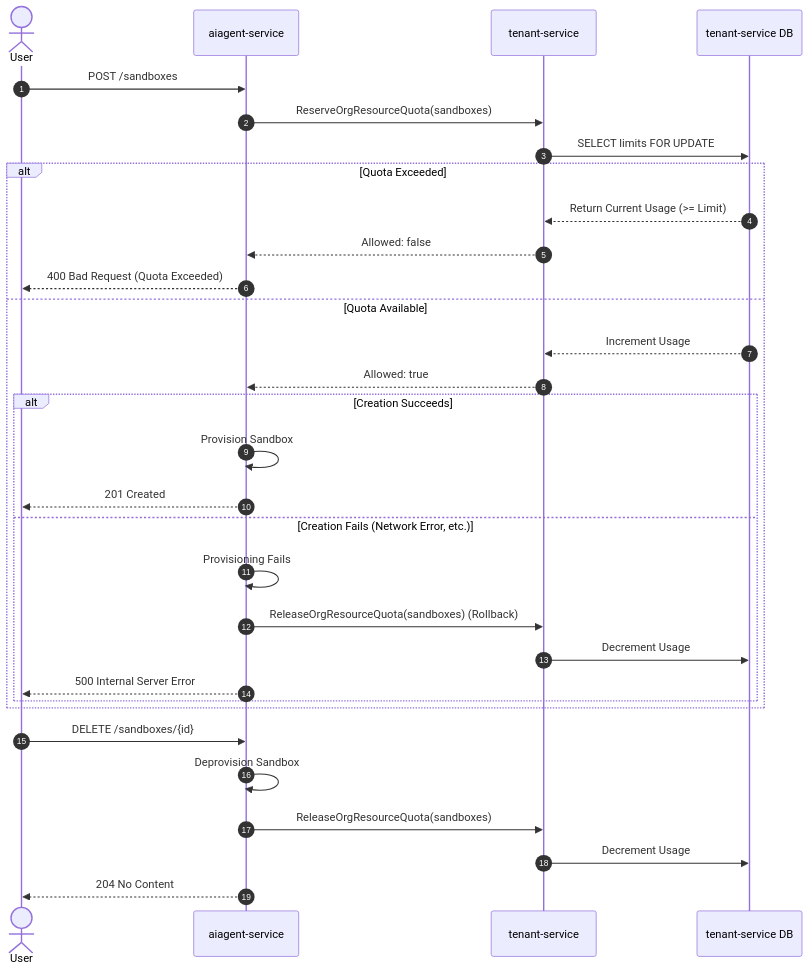
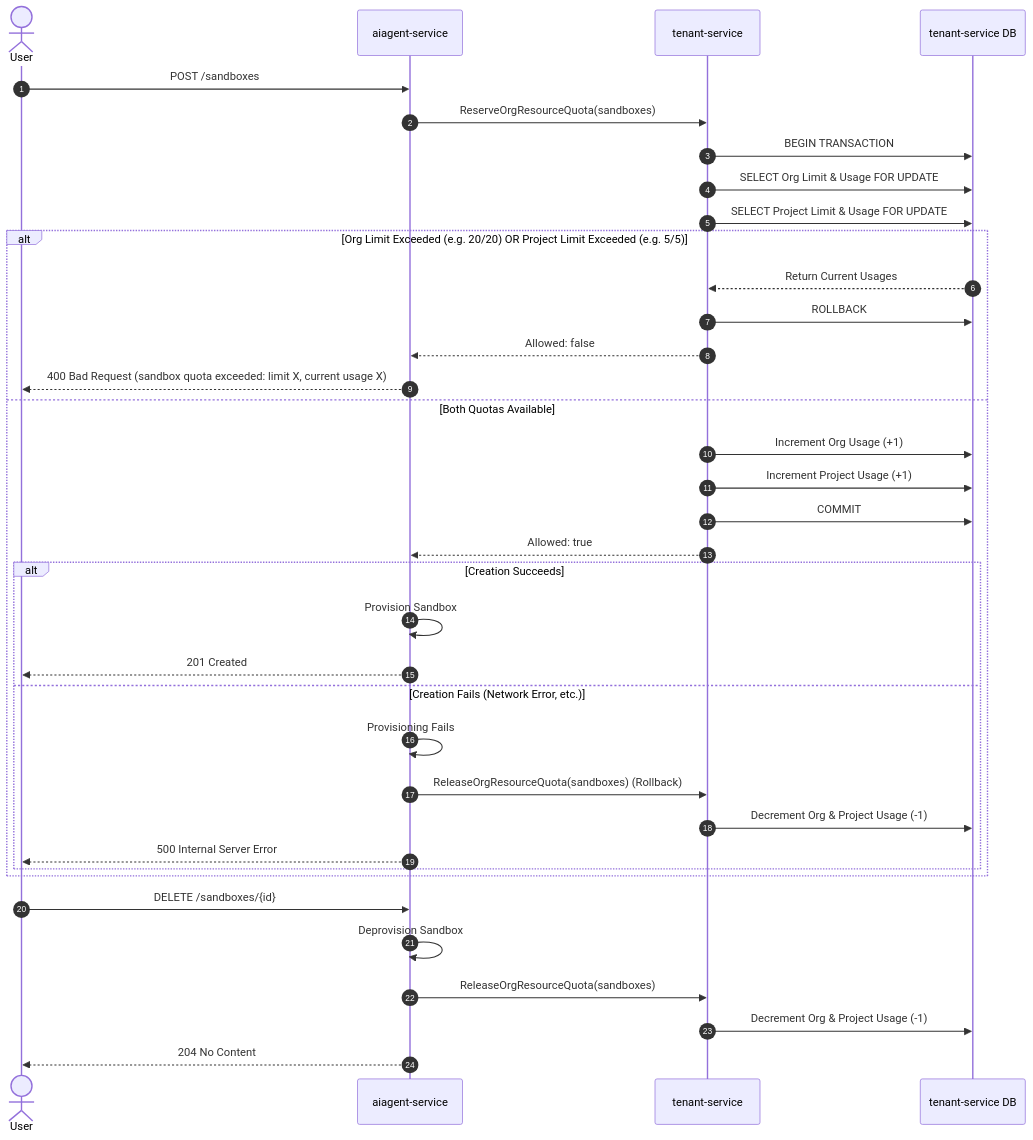
One commit to chandini1727/PowerGuard changed the diagram in README.md. Above: the diagram before and after it, drawn with Mermaid.

````diff
--- a/README.md
+++ b/README.md
@@ -50,39 +50,46 @@
 ```mermaid
 sequenceDiagram
     autonumber
     actor User
     participant AI as aiagent-service
     participant TS as tenant-service
     participant DB as tenant-service DB
 
     %% Create Sandbox Flow
     User->>AI: POST /sandboxes
     AI->>TS: ReserveOrgResourceQuota(sandboxes)
-    TS->>DB: SELECT limits FOR UPDATE
     
-    alt Quota Exceeded
-        DB-->>TS: Return Current Usage (>= Limit)
+    %% Quota Engine Checking Both Limits
+    TS->>DB: BEGIN TRANSACTION
+    TS->>DB: SELECT Org Limit & Usage FOR UPDATE
+    TS->>DB: SELECT Project Limit & Usage FOR UPDATE
+    
+    alt Org Limit Exceeded (e.g. 20/20) OR Project Limit Exceeded (e.g. 5/5)
+        DB-->>TS: Return Current Usages
+        TS->>DB: ROLLBACK
         TS-->>AI: Allowed: false
-        AI-->>User: 400 Bad Request (Quota Exceeded)
-    else Quota Available
-        DB-->>TS: Increment Usage
+        AI-->>User: 400 Bad Request (sandbox quota exceeded: limit X, current usage X)
+    else Both Quotas Available
+        TS->>DB: Increment Org Usage (+1)
+        TS->>DB: Increment Project Usage (+1)
+        TS->>DB: COMMIT
         TS-->>AI: Allowed: true
         
         alt Creation Succeeds
             AI->>AI: Provision Sandbox
             AI-->>User: 201 Created
         else Creation Fails (Network Error, etc.)
             AI->>AI: Provisioning Fails
             AI->>TS: ReleaseOrgResourceQuota(sandboxes) (Rollback)
-            TS->>DB: Decrement Usage
+            TS->>DB: Decrement Org & Project Usage (-1)
             AI-->>User: 500 Internal Server Error
         end
     end
 
     %% Delete Sandbox Flow
     User->>AI: DELETE /sandboxes/{id}
     AI->>AI: Deprovision Sandbox
     AI->>TS: ReleaseOrgResourceQuota(sandboxes)
-    TS->>DB: Decrement Usage
+    TS->>DB: Decrement Org & Project Usage (-1)
     AI-->>User: 204 No Content
 ```
````
